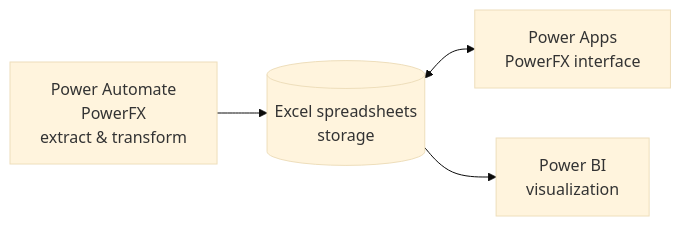
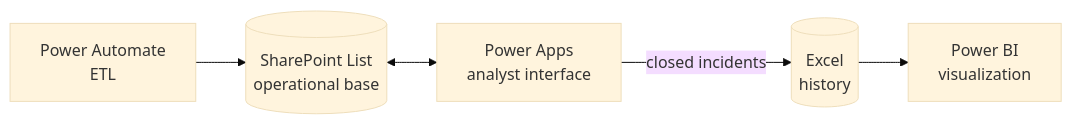
Before and after one commit to MatheusFelipePereira/cyber-irp-incident-response: the diagram in README.md, drawn with Mermaid (base theme). The commit also changed other lines of this file, not shown here.

````diff
--- a/README.md
+++ b/README.md
@@ -25,6 +25,7 @@
 ```mermaid
 flowchart LR
-    A[Power Automate<br/>PowerFX<br/>extract & transform] --> B[(Excel spreadsheets<br/>storage)]
-    B <--> C[Power Apps<br/>PowerFX interface]
-    B --> D[Power BI<br/>visualization]
+    A[Power Automate<br/>ETL] --> B[(SharePoint List<br/>operational base)]
+    B <--> C[Power Apps<br/>analyst interface]
+    C -->|closed incidents| E[(Excel<br/>history)]
+    E --> D[Power BI<br/>visualization]
 ```
````
